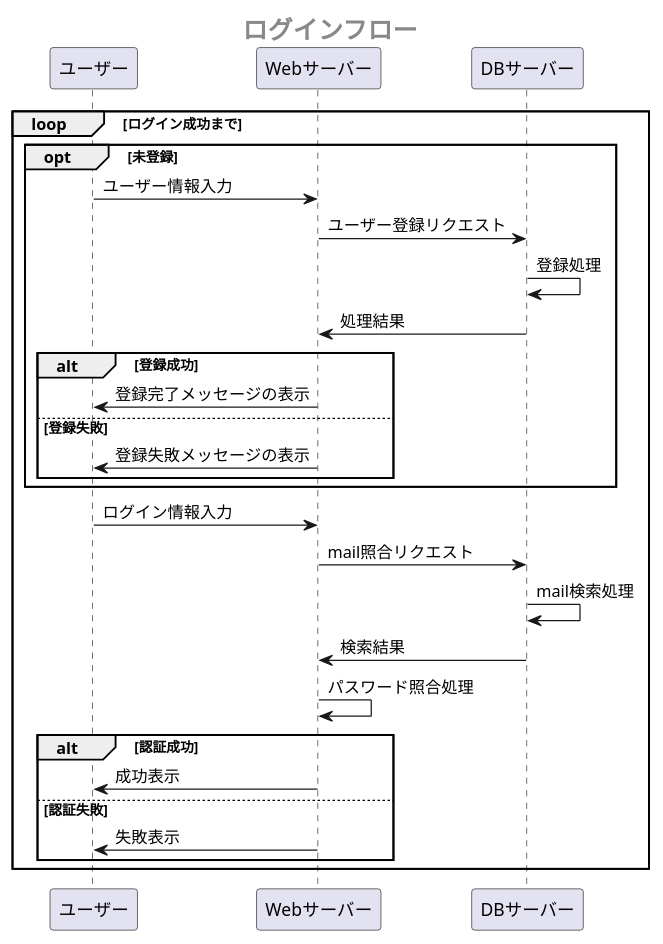
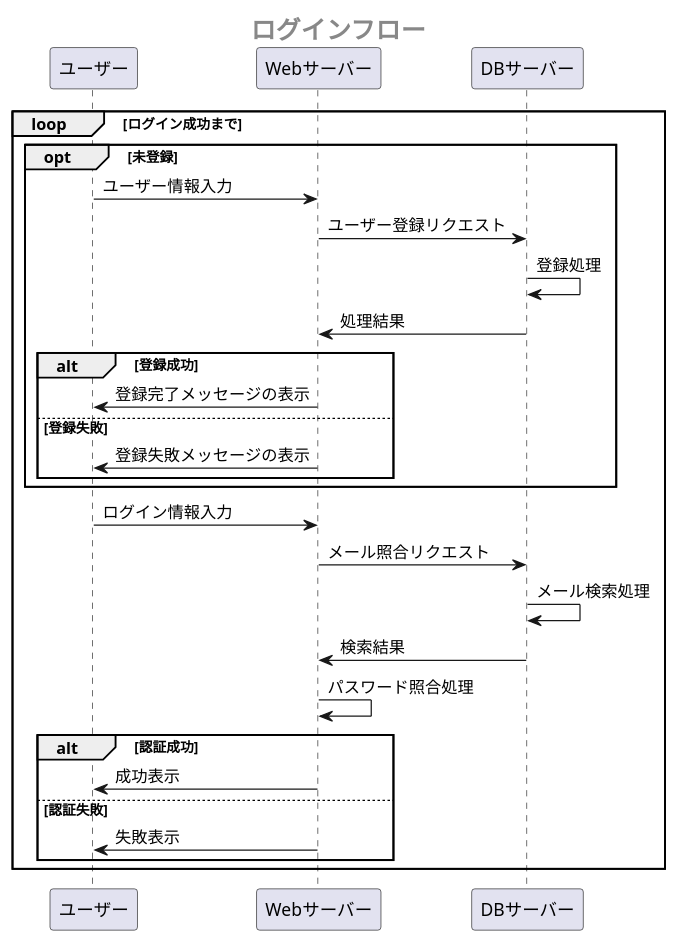
One commit to Aso2001385/NAISA changed the second of 7 diagrams in 設計書/02_業務フロー/2021-12-22BusinessFlow.md. Above: the diagram before and after it, drawn with PlantUML. The commit also changed other lines of this file, not shown here.

````diff
--- a/設計書/02_業務フロー/2021-12-22BusinessFlow.md
+++ b/設計書/02_業務フロー/2021-12-22BusinessFlow.md
@@ -25,37 +33,37 @@
 ```uml
 @startuml
  center header <size:20><b>ログインフロー</b></size>
  
  participant ユーザー as user
  participant Webサーバー as web
  participant DBサーバー as db
  
  loop ログイン成功まで
   opt 未登録
    user -> web:ユーザー情報入力
    web -> db:ユーザー登録リクエスト
    db -> db:登録処理
    db -> web:処理結果
    
    alt 登録成功
      web ->user:登録完了メッセージの表示
    else 登録失敗
      web ->user:登録失敗メッセージの表示
    end
   end
   
   user -> web:ログイン情報入力
-  web -> db:mail照合リクエスト
-  db -> db:mail検索処理
+  web -> db:メール照合リクエスト
+  db -> db:メール検索処理
   db -> web:検索結果
   web -> web:パスワード照合処理
   
   alt 認証成功
    web ->user:成功表示
   else 認証失敗
    web ->user:失敗表示
   end
  end
   
 @enduml
 ```
````
